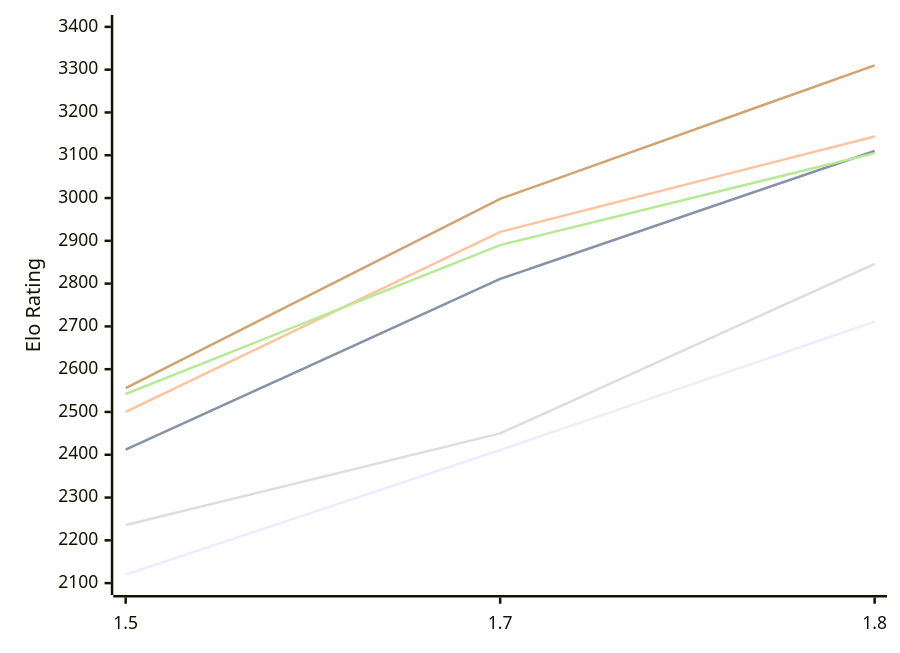
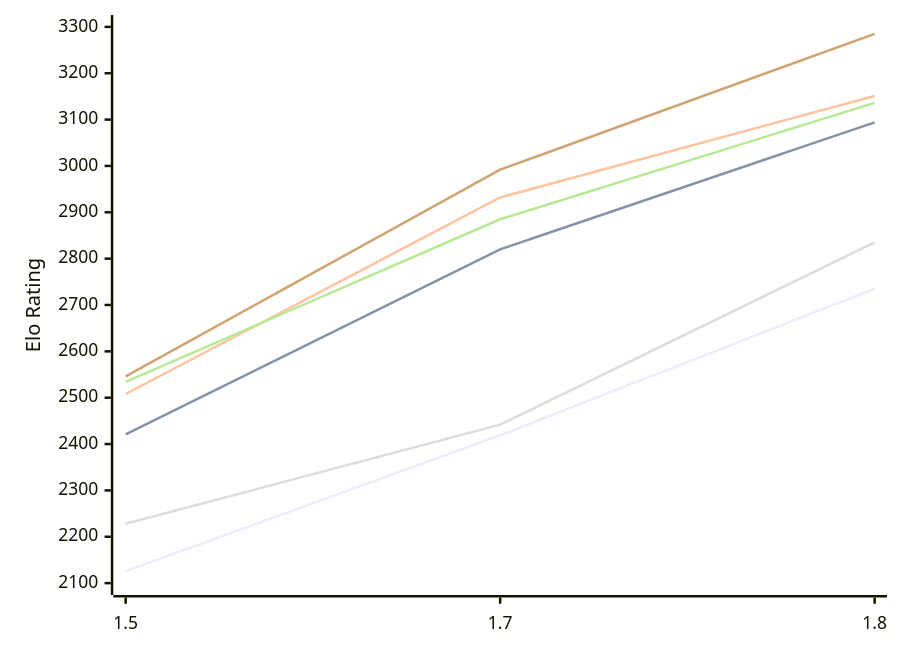
One commit to computer-chess-index/cci changed the first of 2 diagrams in engines/Facon.md. Above: the diagram before and after it, drawn with Mermaid. The commit also changed other lines of this file, not shown here.

Commit message:
Update CCI Ratings (ELO VLTC) - 2026-11-06

````diff
--- a/engines/Facon.md
+++ b/engines/Facon.md
@@ -54,12 +54,12 @@
 ```mermaid
 %%{init: {"theme":"base","themeVariables":{"seriesColors:['#a3a3a3','#222221','#faa371']}}}%%
 xychart-beta
   x-axis ["1.5", "1.7", "1.8"]
-  y-axis "Elo Rating" 2100 --> 3400
-  line "E1: STC (8.0+0.08s)" [2120, 2411, 2711]
-  line "E1: LTC (60.0+0.60s)" [2412, 2811, 3110]
-  line "E1: VLTC (2m24s+1.12s)" [2500, 2921, 3144]
-  line "P1: STC (8.0+0.08s)" [2236, 2450, 2846]
-  line "P1: LTC (60.0+0.60s)" [2542, 2890, 3105]
-  line "P1: VLTC (2m24s+1.12s)" [2556, 2998, 3310]
+  y-axis "Elo Rating" 2100 --> 3300
+  line "E1: STC (8.0+0.08s)" [2126, 2419, 2735]
+  line "E1: LTC (60.0+0.60s)" [2421, 2820, 3094]
+  line "E1: VLTC (2m24s+1.12s)" [2508, 2932, 3151]
+  line "P1: STC (8.0+0.08s)" [2228, 2442, 2835]
+  line "P1: LTC (60.0+0.60s)" [2534, 2885, 3136]
+  line "P1: VLTC (2m24s+1.12s)" [2546, 2992, 3285]
 ```
````
